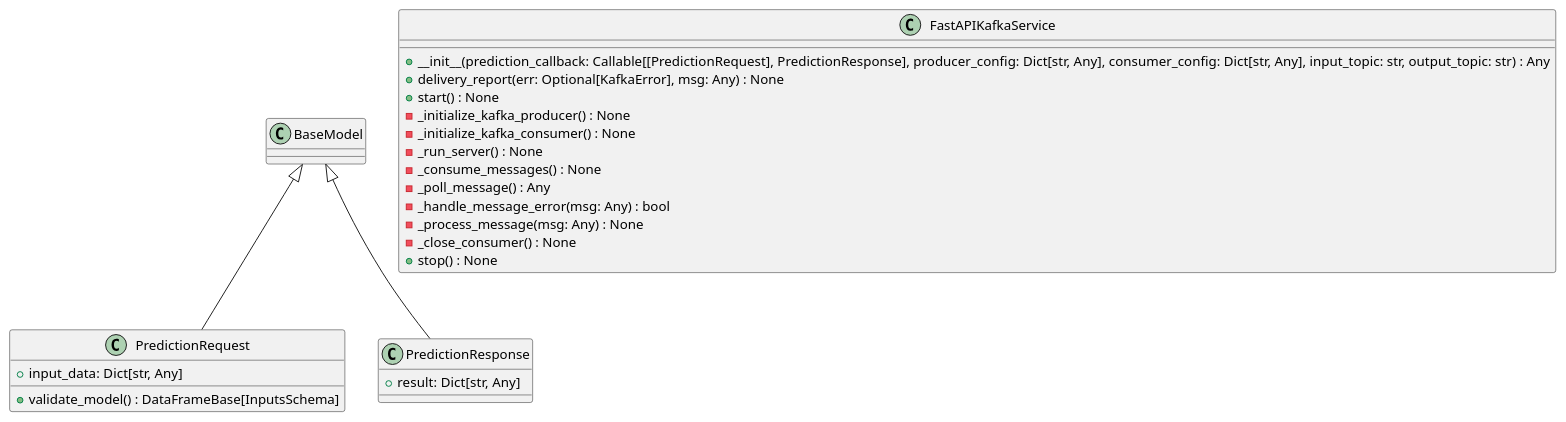
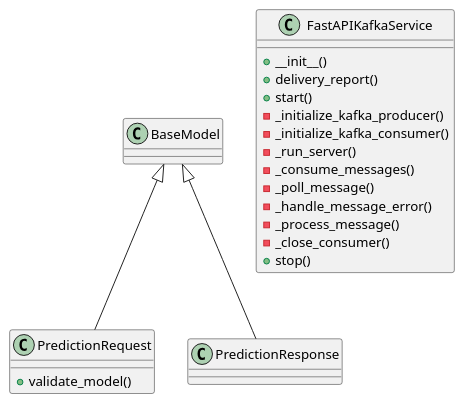
Before and after one commit to lgcorzo/llmops-python-package: the diagram in openwiki/src/autogen_team/infrastructure/messaging/kafka_app.md, drawn with PlantUML. The commit also changed other lines of this file and 77 other files, not shown here.

````diff
--- a/openwiki/src/autogen_team/infrastructure/messaging/kafka_app.md
+++ b/openwiki/src/autogen_team/infrastructure/messaging/kafka_app.md
@@ -77,27 +326,25 @@
 ```plantuml
 @startuml
-    BaseModel <|-- PredictionRequest
-    class PredictionRequest {
-        +input_data: Dict[str, Any]
-        +validate_model() : DataFrameBase[InputsSchema]
-    }
-    BaseModel <|-- PredictionResponse
-    class PredictionResponse {
-        +result: Dict[str, Any]
-    }
-    class FastAPIKafkaService {
-        +__init__(prediction_callback: Callable[[PredictionRequest], PredictionResponse], producer_config: Dict[str, Any], consumer_config: Dict[str, Any], input_topic: str, output_topic: str) : Any
-        +delivery_report(err: Optional[KafkaError], msg: Any) : None
-        +start() : None
-        -_initialize_kafka_producer() : None
-        -_initialize_kafka_consumer() : None
-        -_run_server() : None
-        -_consume_messages() : None
-        -_poll_message() : Any
-        -_handle_message_error(msg: Any) : bool
-        -_process_message(msg: Any) : None
-        -_close_consumer() : None
-        +stop() : None
-    }
+class PredictionRequest {
+  + validate_model()
+}
+BaseModel <|-- PredictionRequest
+class PredictionResponse {
+}
+BaseModel <|-- PredictionResponse
+class FastAPIKafkaService {
+  + __init__()
+  + delivery_report()
+  + start()
+  - _initialize_kafka_producer()
+  - _initialize_kafka_consumer()
+  - _run_server()
+  - _consume_messages()
+  - _poll_message()
+  - _handle_message_error()
+  - _process_message()
+  - _close_consumer()
+  + stop()
+}
 @enduml
 ```
````
